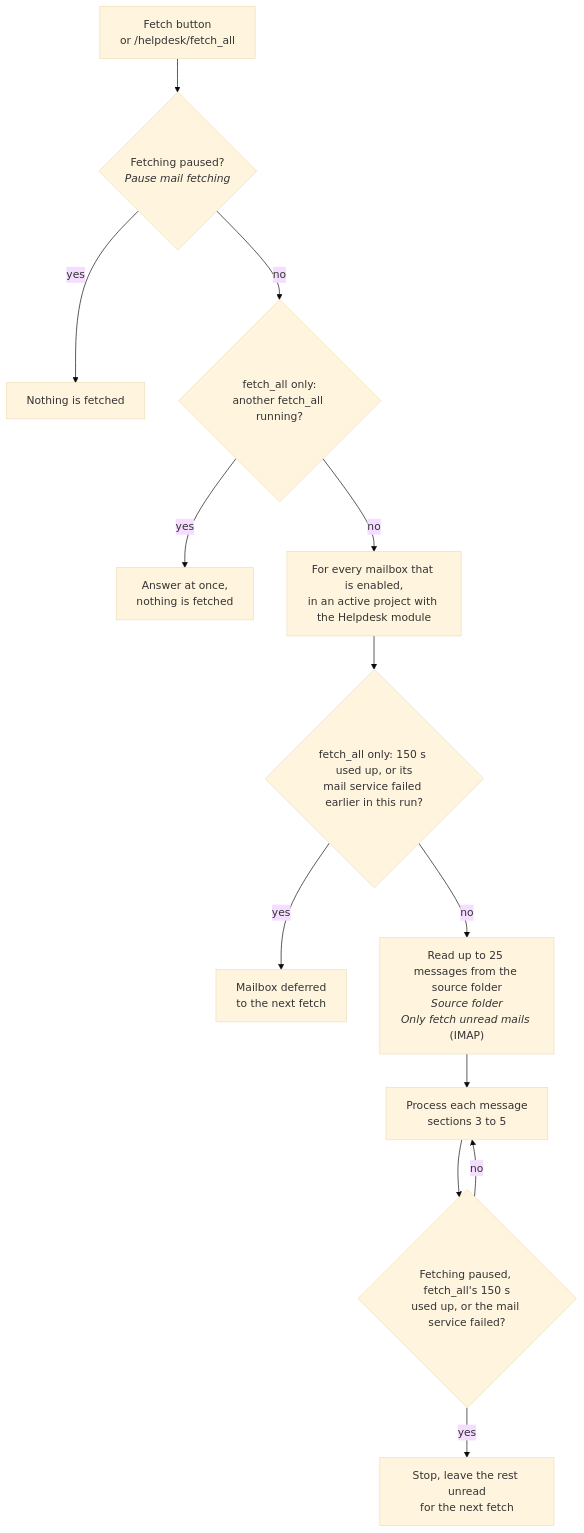
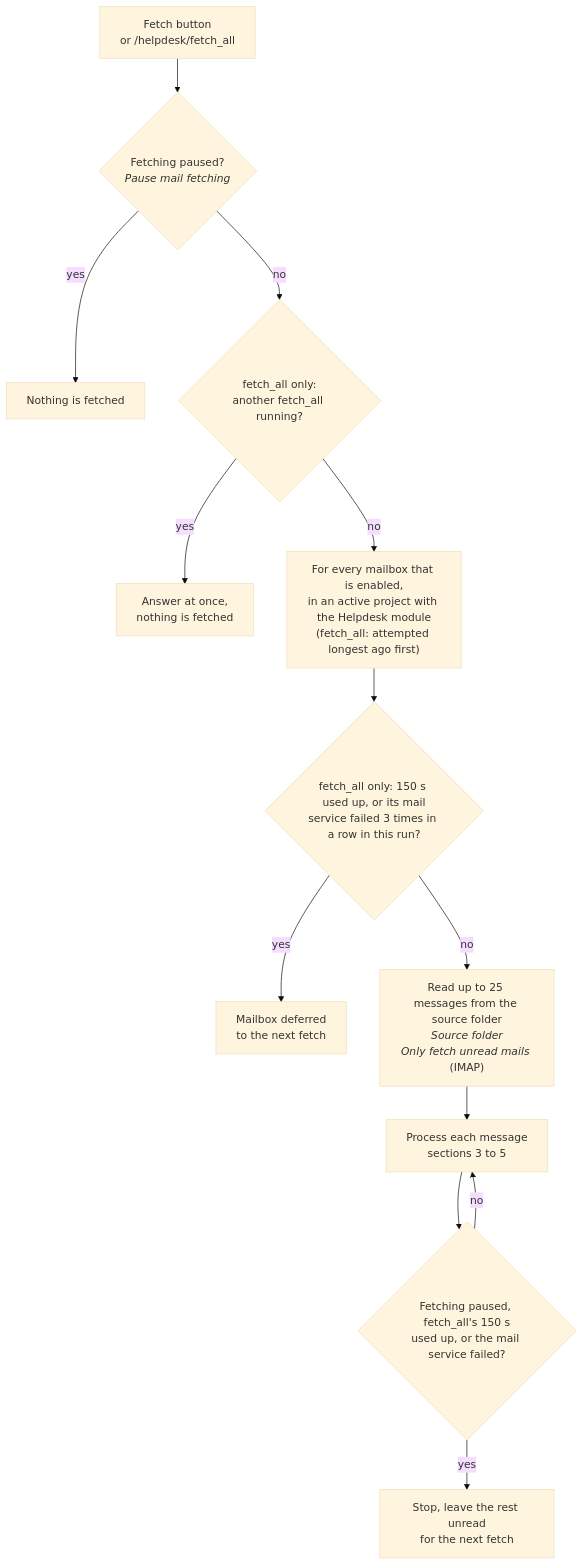
The third of 11 diagrams in EMAIL_FLOW.md (expertZentrale/redmine_expert_helpdesk), drawn with Mermaid (base theme) before and after one commit. The commit also changed other lines of this file and 10 other files, not shown here.

First line of the commit message:
fix: take mailboxes in turn and defer a service only after three failures (#67)

````diff
--- a/EMAIL_FLOW.md
+++ b/EMAIL_FLOW.md
@@ -69,15 +69,15 @@
 ```mermaid
 flowchart TD
   T["Fetch button<br/>or /helpdesk/fetch_all"] --> M{"Fetching paused?<br/><i>Pause mail fetching</i>"}
   M -- yes --> X["Nothing is fetched"]
   M -- no --> K{"fetch_all only:<br/>another fetch_all running?"}
   K -- yes --> KS["Answer at once,<br/>nothing is fetched"]
-  K -- no --> L["For every mailbox that is enabled,<br/>in an active project with the Helpdesk module"]
-  L --> G{"fetch_all only: 150 s used up, or its<br/>mail service failed earlier in this run?"}
+  K -- no --> L["For every mailbox that is enabled,<br/>in an active project with the Helpdesk module<br/>(fetch_all: attempted longest ago first)"]
+  L --> G{"fetch_all only: 150 s used up, or its mail<br/>service failed 3 times in a row in this run?"}
   G -- yes --> DF["Mailbox deferred<br/>to the next fetch"]
   G -- no --> Q["Read up to 25 messages from the source folder<br/><i>Source folder</i><br/><i>Only fetch unread mails</i> (IMAP)"]
   Q --> E["Process each message<br/>sections 3 to 5"]
   E --> W{"Fetching paused, fetch_all's 150 s<br/>used up, or the mail service failed?"}
   W -- yes --> STOP["Stop, leave the rest unread<br/>for the next fetch"]
   W -- no --> E
 ```
````
